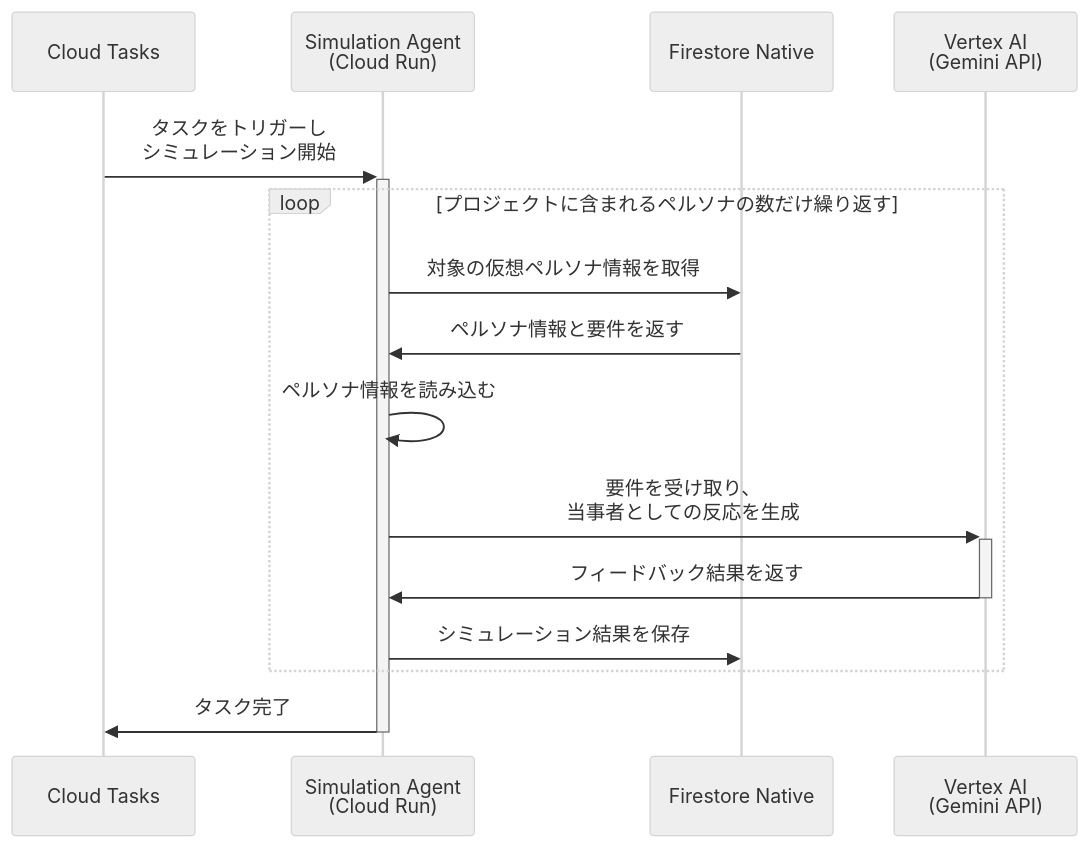
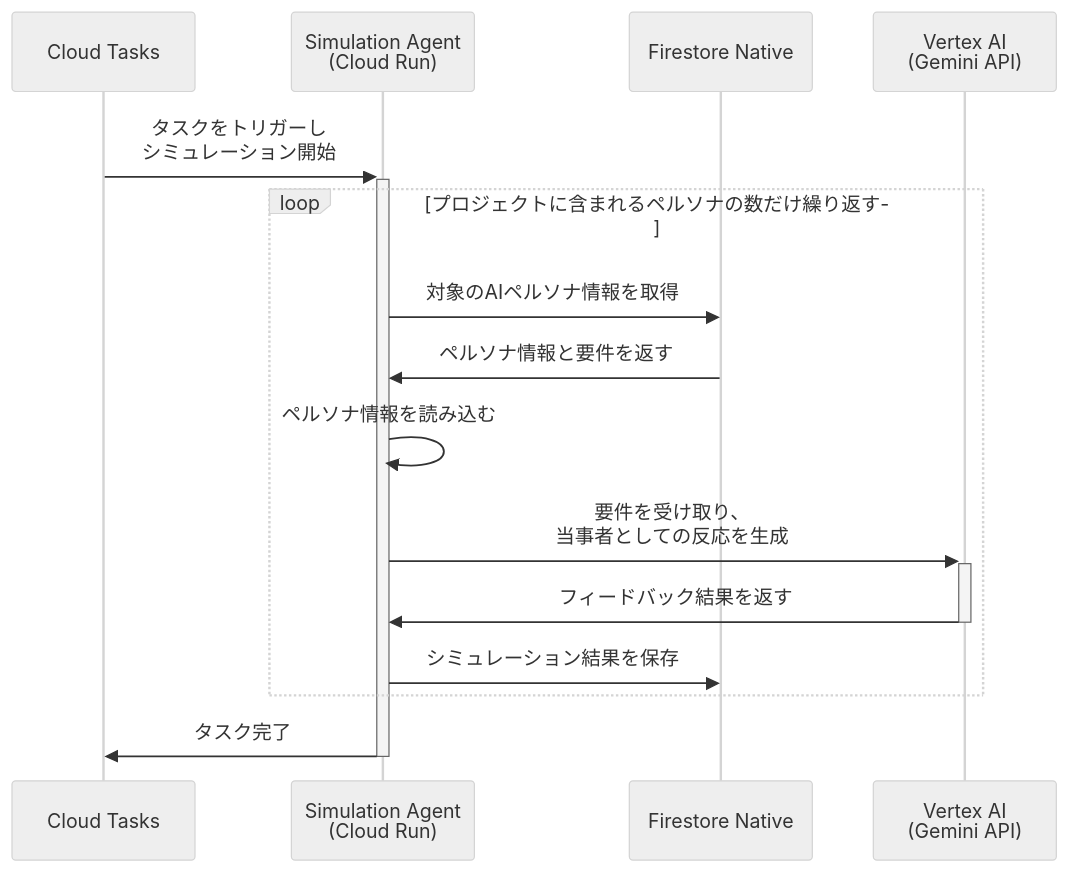
One commit to teritamas/persona-ops changed the second of 2 diagrams in README.md. Above: the diagram before and after it, drawn with Mermaid (neutral theme). The commit also changed other lines of this file and 6 other files, not shown here.

````diff
--- a/README.md
+++ b/README.md
@@ -67,20 +67,20 @@
 ```mermaid
 sequenceDiagram
     participant Tasks as Cloud Tasks
     participant Agent as Simulation Agent<br/>(Cloud Run)
     participant DB as Firestore Native
     participant Gemini as Vertex AI<br/>(Gemini API)
 
     Tasks->>+Agent: タスクをトリガーし<br/>シミュレーション開始
 
     loop プロジェクトに含まれるペルソナの数だけ繰り返す
-        Agent->>DB: 対象の仮想ペルソナ情報を取得
+        Agent->>DB: 対象のAIペルソナ情報を取得
         DB->>Agent: ペルソナ情報と要件を返す
         Agent->>Agent: ペルソナ情報を読み込む
         Agent->>+Gemini: 要件を受け取り、<br/>当事者としての反応を生成
         Gemini->>-Agent: フィードバック結果を返す
         Agent->>DB: シミュレーション結果を保存
     end
 
     Agent->>-Tasks: タスク完了
 ```
````
